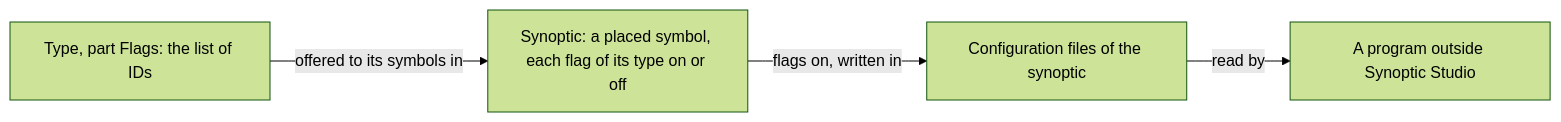
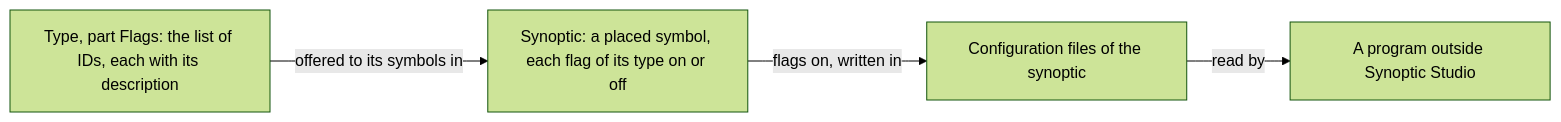
One commit to AlexandreGallais/synoptic-studio-spec changed the diagram in metadata/14-flags.md. Above: the diagram before and after it, drawn with Mermaid (forest theme). The commit also changed other lines of this file and 3 other files, not shown here.

First line of the commit message:
docs(flags): give each flag an id and a description

````diff
--- a/metadata/14-flags.md
+++ b/metadata/14-flags.md
@@ -22,6 +24,6 @@
 ```mermaid
 flowchart LR
-    P["Type, part Flags: the list of IDs"] -->|"offered to its symbols in"| S["Synoptic: a placed symbol, each flag of its type on or off"]
+    P["Type, part Flags: the list of IDs, each with its description"] -->|"offered to its symbols in"| S["Synoptic: a placed symbol, each flag of its type on or off"]
     S -->|"flags on, written in"| C["Configuration files of the synoptic"]
     C -->|"read by"| X["A program outside Synoptic Studio"]
 ```
````
